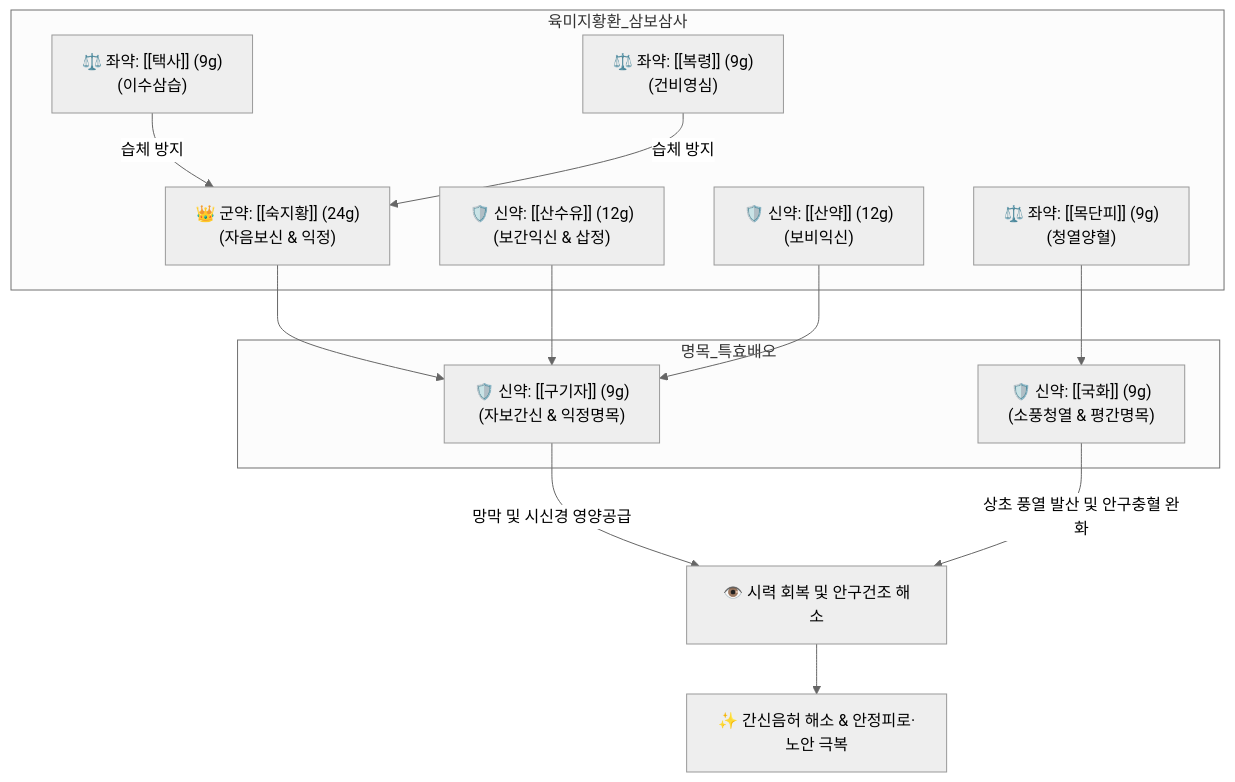
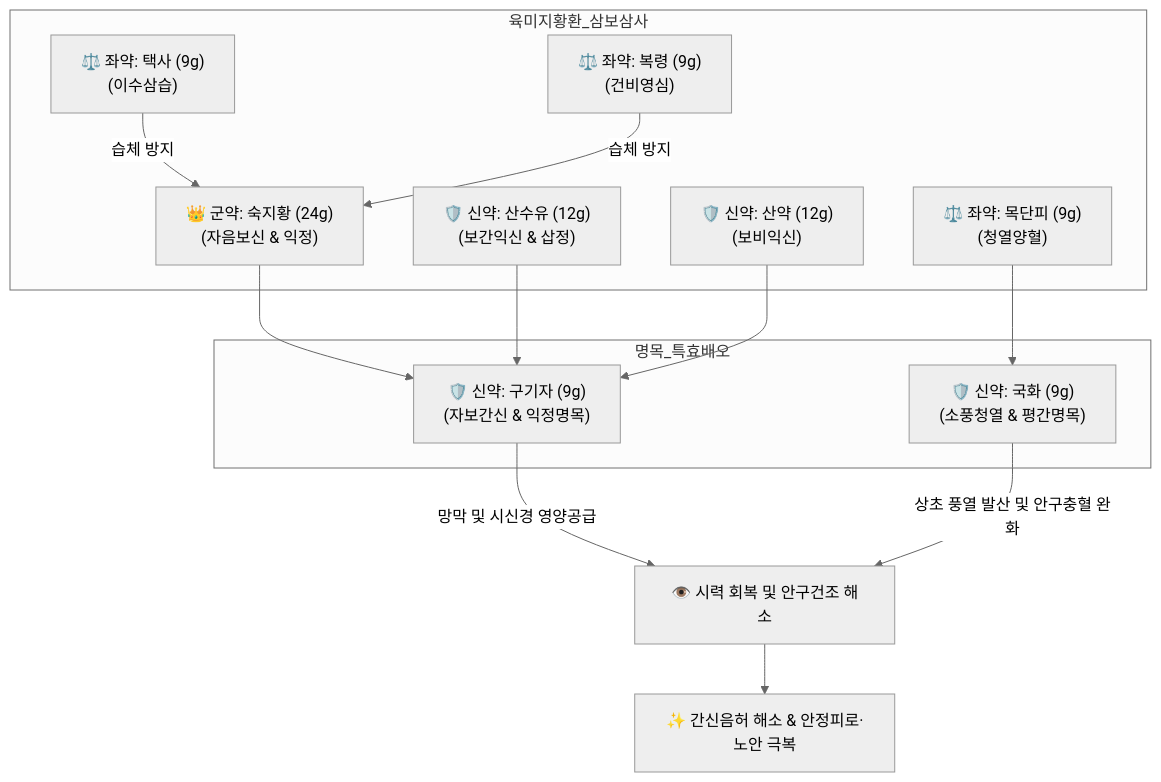
The diagram in content/2. 약리 공부/처방/02_보익제/기국지황환.md (simbio11/simbio-digital-garden2), drawn with Mermaid (neutral theme) before and after one commit. The commit also changed other lines of this file and 323 other files, not shown here.

````diff
--- a/content/2. 약리 공부/처방/02_보익제/기국지황환.md
+++ b/content/2. 약리 공부/처방/02_보익제/기국지황환.md
@@ -48,21 +50,21 @@
 ```mermaid
 graph TD
     subgraph 육미지황환_삼보삼사
-        SJH["👑 군약: [[숙지황]] (24g)<br>(자음보신 & 익정)"]
-        SSY["🛡️ 신약: [[산수유]] (12g)<br>(보간익신 & 삽정)"]
-        SY["🛡️ 신약: [[산약]] (12g)<br>(보비익신)"]
-        TS["⚖️ 좌약: [[택사]] (9g)<br>(이수삼습)"]
-        BR["⚖️ 좌약: [[복령]] (9g)<br>(건비영심)"]
-        MDP["⚖️ 좌약: [[목단피]] (9g)<br>(청열양혈)"]
+        SJH["👑 군약: 숙지황 (24g)<br>(자음보신 & 익정)"]
+        SSY["🛡️ 신약: 산수유 (12g)<br>(보간익신 & 삽정)"]
+        SY["🛡️ 신약: 산약 (12g)<br>(보비익신)"]
+        TS["⚖️ 좌약: 택사 (9g)<br>(이수삼습)"]
+        BR["⚖️ 좌약: 복령 (9g)<br>(건비영심)"]
+        MDP["⚖️ 좌약: 목단피 (9g)<br>(청열양혈)"]
     end
     subgraph 명목_특효배오
-        GGZ["🛡️ 신약: [[구기자]] (9g)<br>(자보간신 & 익정명목)"]
-        GH["🛡️ 신약: [[국화]] (9g)<br>(소풍청열 & 평간명목)"]
+        GGZ["🛡️ 신약: 구기자 (9g)<br>(자보간신 & 익정명목)"]
+        GH["🛡️ 신약: 국화 (9g)<br>(소풍청열 & 평간명목)"]
     end
     SJH & SSY & SY --> GGZ
     GGZ -->|망막 및 시신경 영양공급| Eye["👁️ 시력 회복 및 안구건조 해소"]
     GH -->|상초 풍열 발산 및 안구충혈 완화| Eye
     MDP --> GH
     TS & BR -->|습체 방지| SJH
     Eye --> Outcome["✨ 간신음허 해소 & 안정피로·노안 극복"]
 ```
````
